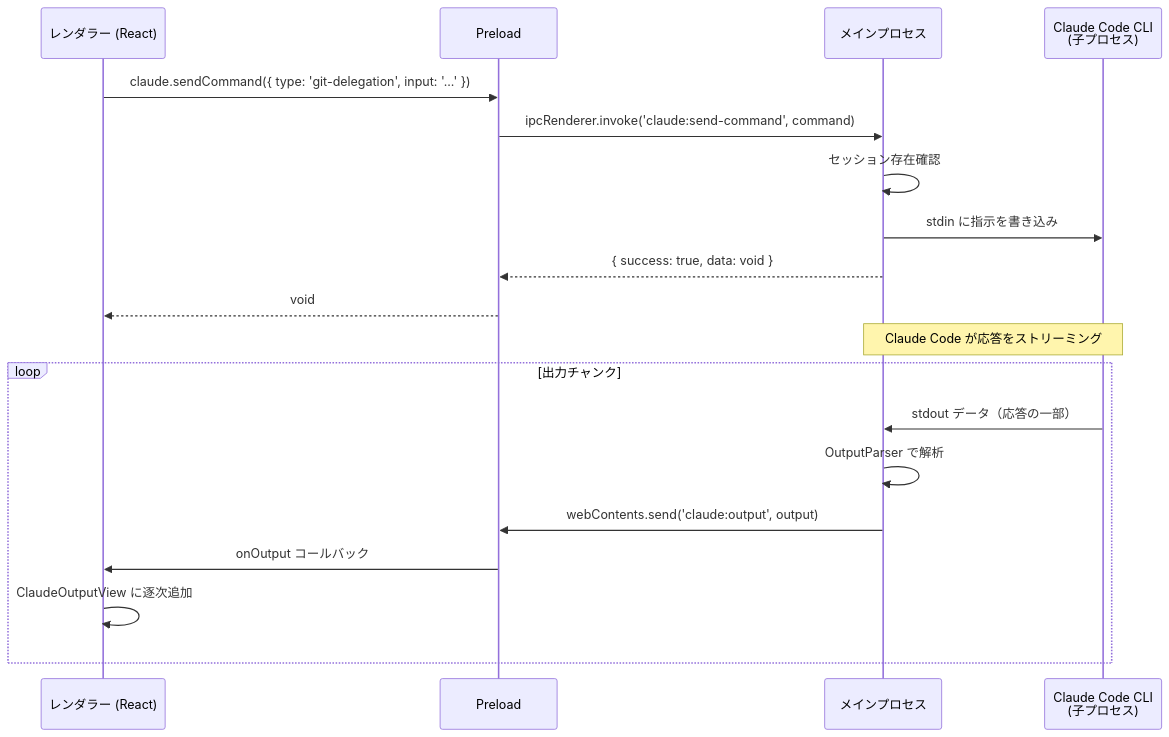
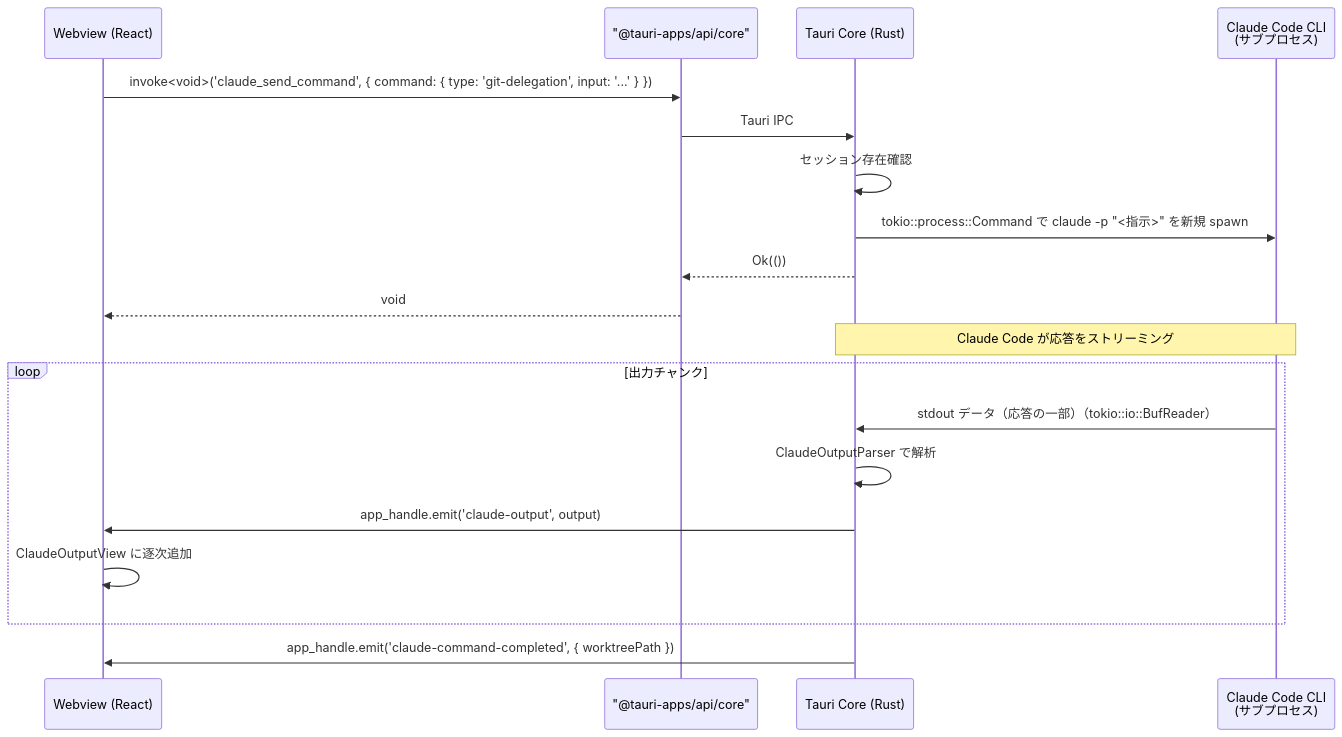
The second of 3 diagrams in .sdd/specification/claude-code-integration_spec.md (ToshikiImagawa/Buruma), drawn with Mermaid before and after one commit. The commit also changed other lines of this file and 7 other files, not shown here.

````diff
--- a/.sdd/specification/claude-code-integration_spec.md
+++ b/.sdd/specification/claude-code-integration_spec.md
@@ -324,24 +332,25 @@
 ```mermaid
 sequenceDiagram
-    participant Renderer as レンダラー (React)
-    participant Preload as Preload
-    participant Main as メインプロセス
-    participant CLI as Claude Code CLI<br/>(子プロセス)
+    participant Webview as Webview (React)
+    participant Invoke as "@tauri-apps/api/core"
+    participant Core as Tauri Core (Rust)
+    participant CLI as Claude Code CLI<br/>(サブプロセス)
 
-    Renderer ->> Preload: claude.sendCommand({ type: 'git-delegation', input: '...' })
-    Preload ->> Main: ipcRenderer.invoke('claude:send-command', command)
-    Main ->> Main: セッション存在確認
-    Main ->> CLI: stdin に指示を書き込み
-    Main -->> Preload: { success: true, data: void }
-    Preload -->> Renderer: void
+    Webview ->> Invoke: invoke<void>('claude_send_command', { command: { type: 'git-delegation', input: '...' } })
+    Invoke ->> Core: Tauri IPC
+    Core ->> Core: セッション存在確認
+    Core ->> CLI: tokio::process::Command で claude -p "<指示>" を新規 spawn
+    Core -->> Invoke: Ok(())
+    Invoke -->> Webview: void
 
-    Note over Main, CLI: Claude Code が応答をストリーミング
+    Note over Core, CLI: Claude Code が応答をストリーミング
 
     loop 出力チャンク
-        CLI ->> Main: stdout データ（応答の一部）
-        Main ->> Main: OutputParser で解析
-        Main ->> Preload: webContents.send('claude:output', output)
-        Preload ->> Renderer: onOutput コールバック
-        Renderer ->> Renderer: ClaudeOutputView に逐次追加
+        CLI ->> Core: stdout データ（応答の一部）（tokio::io::BufReader）
+        Core ->> Core: ClaudeOutputParser で解析
+        Core ->> Webview: app_handle.emit('claude-output', output)
+        Webview ->> Webview: ClaudeOutputView に逐次追加
     end
+
+    Core ->> Webview: app_handle.emit('claude-command-completed', { worktreePath })
 ```
````
